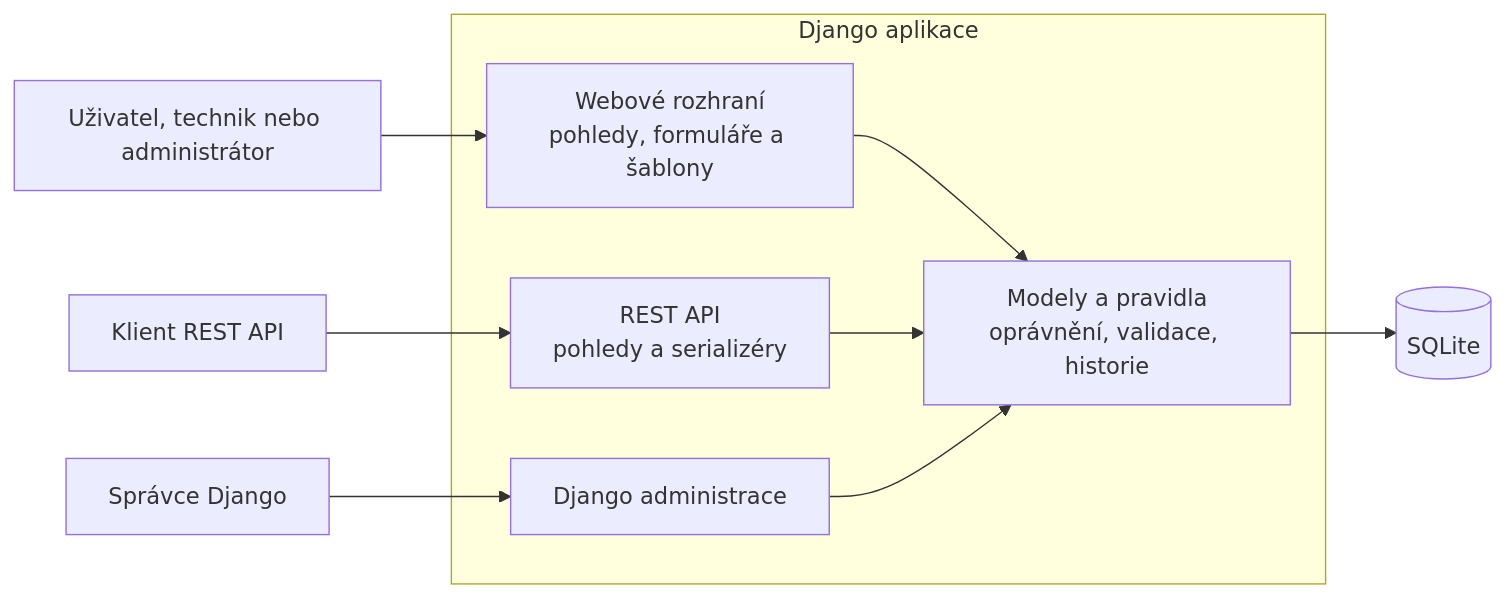
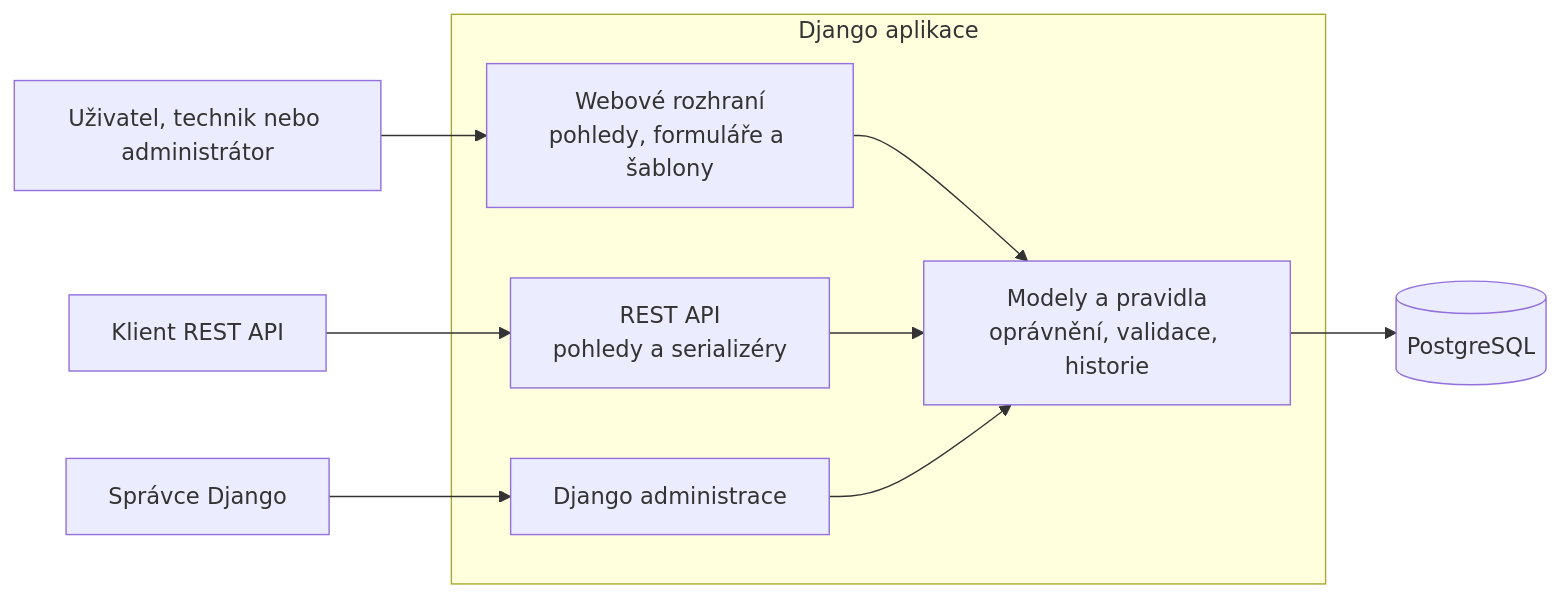
One commit to dsit2324/maturitni_projekt changed the second of 3 diagrams in README.md. Above: the diagram before and after it, drawn with Mermaid. The commit also changed other lines of this file and 3 other files, not shown here.

First line of the commit message:
Use PostgreSQL as the application database

````diff
--- a/README.md
+++ b/README.md
@@ -136,23 +138,23 @@
 ```mermaid
 flowchart LR
     user["Uživatel, technik nebo administrátor"]
     apiClient["Klient REST API"]
     djangoAdmin["Správce Django"]
 
     subgraph app["Django aplikace"]
         web["Webové rozhraní<br/>pohledy, formuláře a šablony"]
         api["REST API<br/>pohledy a serializéry"]
         admin["Django administrace"]
         domain["Modely a pravidla<br/>oprávnění, validace, historie"]
     end
 
-    db[("SQLite")]
+    db[("PostgreSQL")]
 
     user --> web
     apiClient --> api
     djangoAdmin --> admin
     web --> domain
     api --> domain
     admin --> domain
     domain --> db
 ```
````
